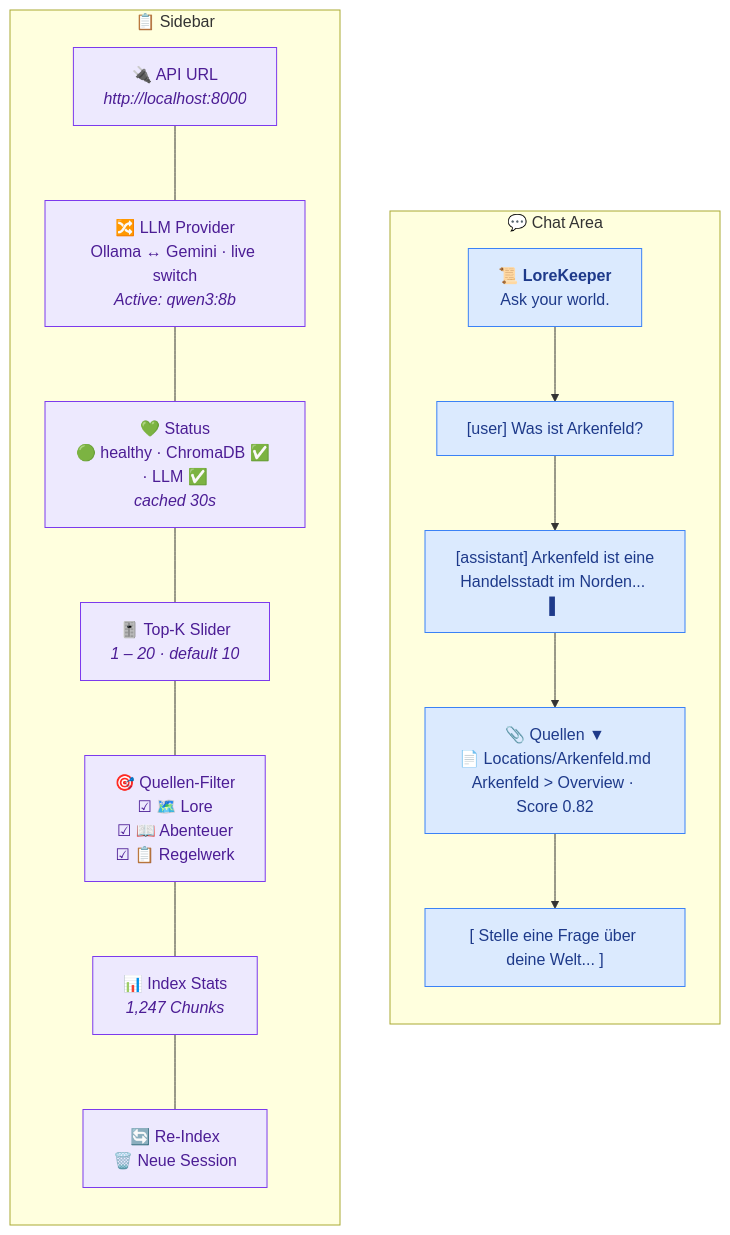
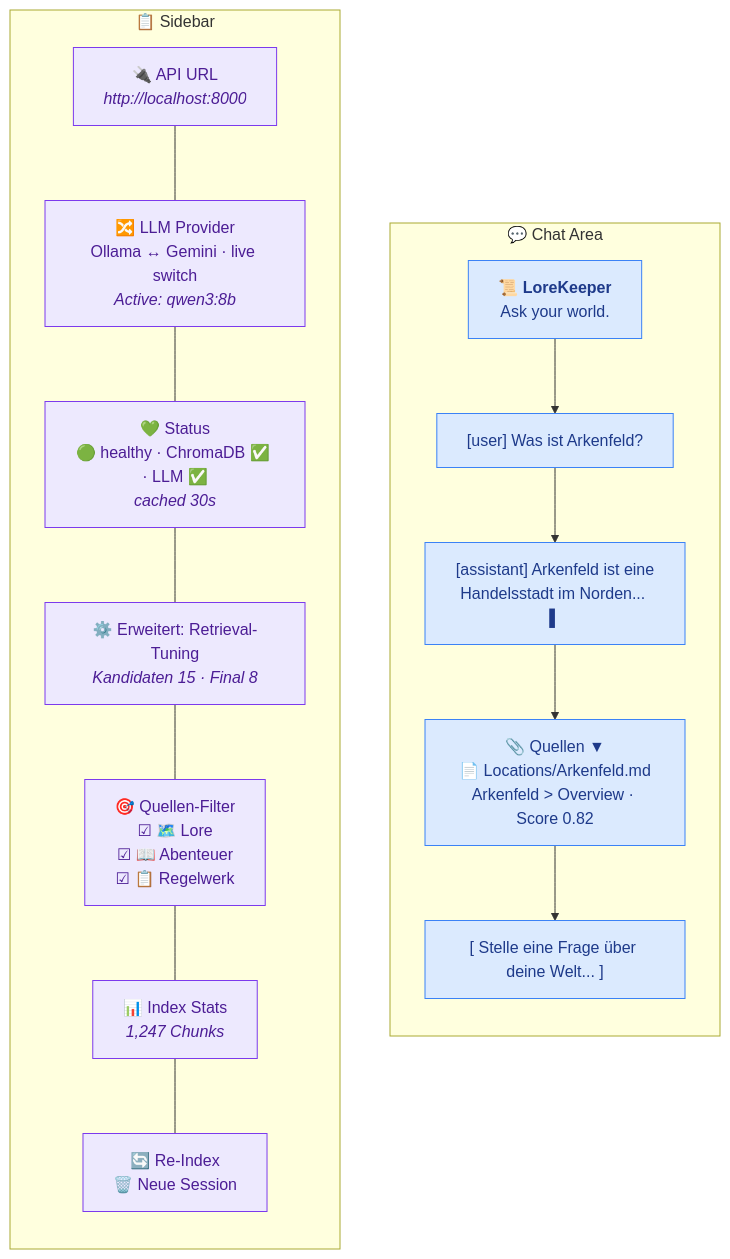
The first of 2 diagrams in docs/ui-ux.md (FabianHentrich/lorekeeper), drawn with Mermaid before and after one commit. The commit also changed other lines of this file and 7 other files, not shown here.

Commit message:
Enhance retrieval tuning with adjustable Top-K and reranking sliders in the UI

````diff
--- a/docs/ui-ux.md
+++ b/docs/ui-ux.md
@@ -5,31 +5,31 @@
 ```mermaid
 flowchart LR
     subgraph SIDEBAR["📋 Sidebar"]
         direction TB
         S1["🔌 API URL<br/><i>http://localhost:8000</i>"]
         S2["🔀 LLM Provider<br/>Ollama ↔ Gemini · live switch<br/><i>Active: qwen3:8b</i>"]
         S3["💚 Status<br/>🟢 healthy · ChromaDB ✅ · LLM ✅<br/><i>cached 30s</i>"]
-        S4["🎚️ Top-K Slider<br/><i>1 – 20 · default 10</i>"]
+        S4["⚙️ Erweitert: Retrieval-Tuning<br/><i>Kandidaten 15 · Final 8</i>"]
         S5["🎯 Quellen-Filter<br/>☑ 🗺️ Lore<br/>☑ 📖 Abenteuer<br/>☑ 📋 Regelwerk"]
         S6["📊 Index Stats<br/><i>1,247 Chunks</i>"]
         S7["🔄 Re-Index<br/>🗑️ Neue Session"]
         S1 --- S2 --- S3 --- S4 --- S5 --- S6 --- S7
     end
 
     subgraph CHAT["💬 Chat Area"]
         direction TB
         C1["📜 <b>LoreKeeper</b><br/>Ask your world."]
         C2["[user] Was ist Arkenfeld?"]
         C3["[assistant] Arkenfeld ist eine<br/>Handelsstadt im Norden... ▌"]
         C4["📎 Quellen ▼<br/>📄 Locations/Arkenfeld.md<br/>Arkenfeld &gt; Overview · Score 0.82"]
         C5["[ Stelle eine Frage über deine Welt... ]"]
         C1 --> C2 --> C3 --> C4 --> C5
     end
 
     SIDEBAR ~~~ CHAT
 
     classDef side fill:#ede9fe,stroke:#7c3aed,color:#4c1d95
     classDef chat fill:#dbeafe,stroke:#3b82f6,color:#1e3a8a
     class S1,S2,S3,S4,S5,S6,S7 side
     class C1,C2,C3,C4,C5 chat
 ```
````
